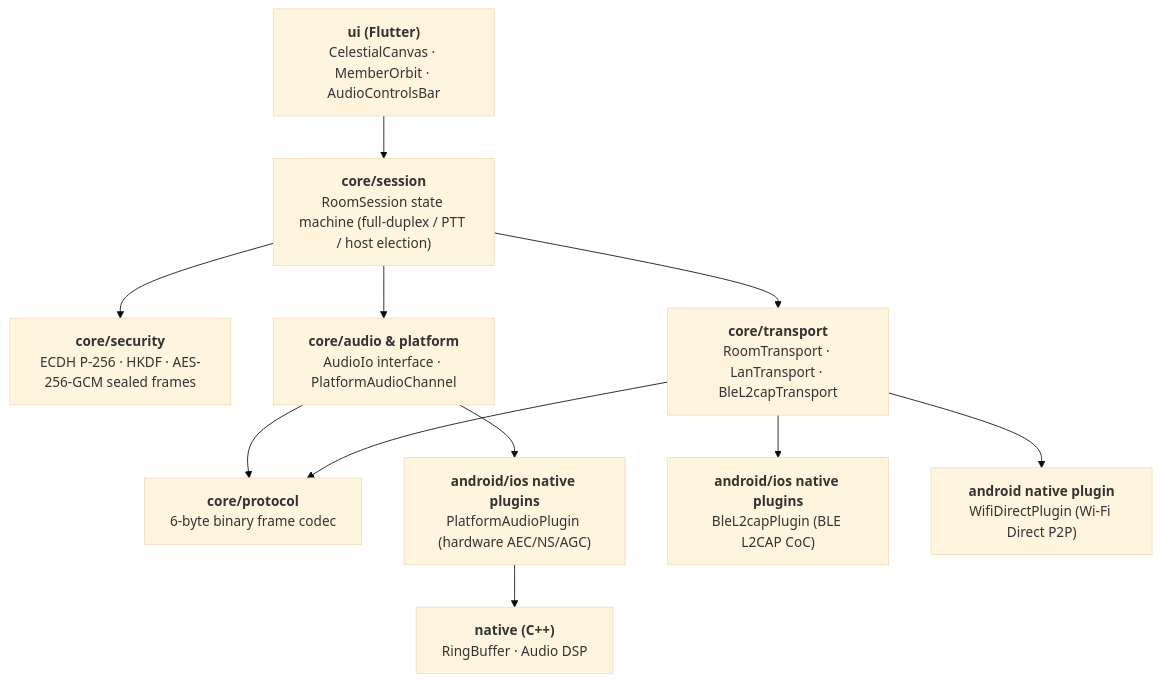
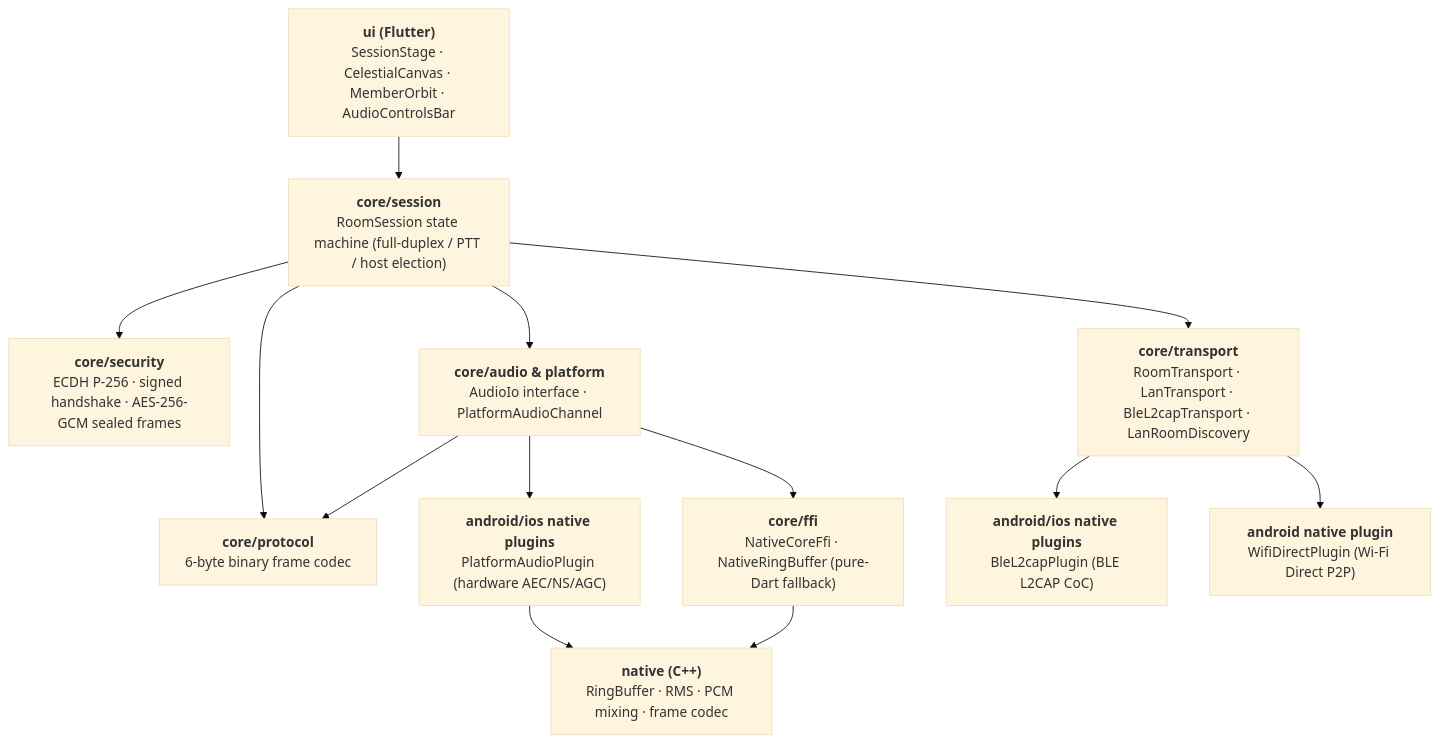
One commit to Starlordzz/sunsetripple changed the diagram in docs/wiki/en/Architecture-Overview.md. Above: the diagram before and after it, drawn with Mermaid (base theme). The commit also changed other lines of this file and 36 other files, not shown here.

````diff
--- a/docs/wiki/en/Architecture-Overview.md
+++ b/docs/wiki/en/Architecture-Overview.md
@@ -9,24 +12,27 @@
 ```mermaid
 flowchart TD
-    UI["<b>ui (Flutter)</b><br/>CelestialCanvas · MemberOrbit · AudioControlsBar"]
+    UI["<b>ui (Flutter)</b><br/>SessionStage · CelestialCanvas · MemberOrbit · AudioControlsBar"]
     SESSION["<b>core/session</b><br/>RoomSession state machine (full-duplex / PTT / host election)"]
-    CRYPTO["<b>core/security</b><br/>ECDH P-256 · HKDF · AES-256-GCM sealed frames"]
+    CRYPTO["<b>core/security</b><br/>ECDH P-256 · signed handshake · AES-256-GCM sealed frames"]
     AUDIO["<b>core/audio & platform</b><br/>AudioIo interface · PlatformAudioChannel"]
-    TRANS["<b>core/transport</b><br/>RoomTransport · LanTransport · BleL2capTransport"]
+    TRANS["<b>core/transport</b><br/>RoomTransport · LanTransport · BleL2capTransport · LanRoomDiscovery"]
     PROTO["<b>core/protocol</b><br/>6-byte binary frame codec"]
+    FFI["<b>core/ffi</b><br/>NativeCoreFfi · NativeRingBuffer (pure-Dart fallback)"]
     NATIVE_AUDIO["<b>android/ios native plugins</b><br/>PlatformAudioPlugin (hardware AEC/NS/AGC)"]
     NATIVE_BLE["<b>android/ios native plugins</b><br/>BleL2capPlugin (BLE L2CAP CoC)"]
     NATIVE_WIFI["<b>android native plugin</b><br/>WifiDirectPlugin (Wi-Fi Direct P2P)"]
-    NATIVE_DSP["<b>native (C++)</b><br/>RingBuffer · Audio DSP"]
+    NATIVE_DSP["<b>native (C++)</b><br/>RingBuffer · RMS · PCM mixing · frame codec"]
 
     UI --> SESSION
     SESSION --> CRYPTO
     SESSION --> AUDIO
     SESSION --> TRANS
+    SESSION --> PROTO
     AUDIO --> NATIVE_AUDIO
     TRANS --> NATIVE_BLE
     TRANS --> NATIVE_WIFI
-    TRANS --> PROTO
     AUDIO --> PROTO
+    AUDIO --> FFI
     NATIVE_AUDIO --> NATIVE_DSP
+    FFI --> NATIVE_DSP
 ```
````
